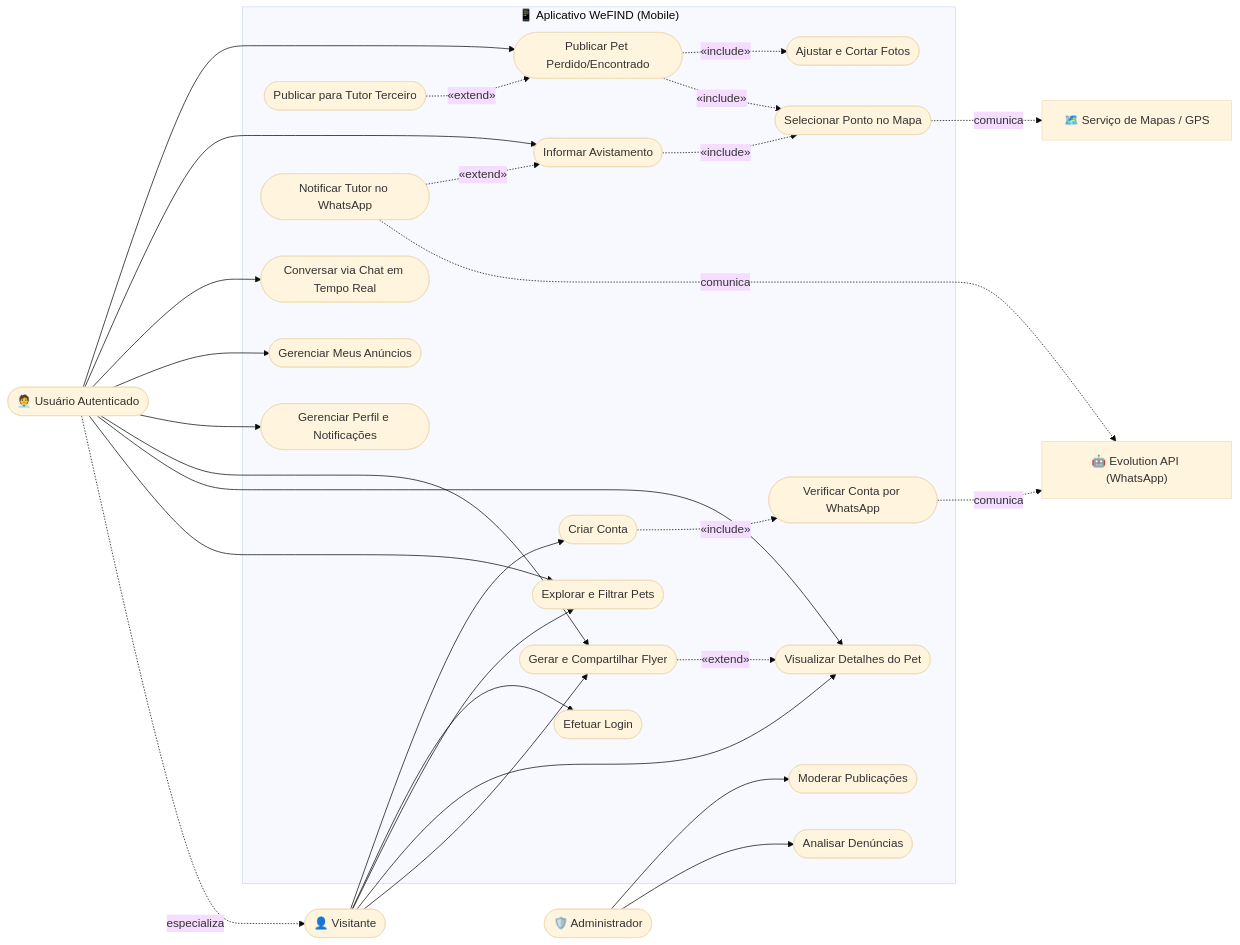
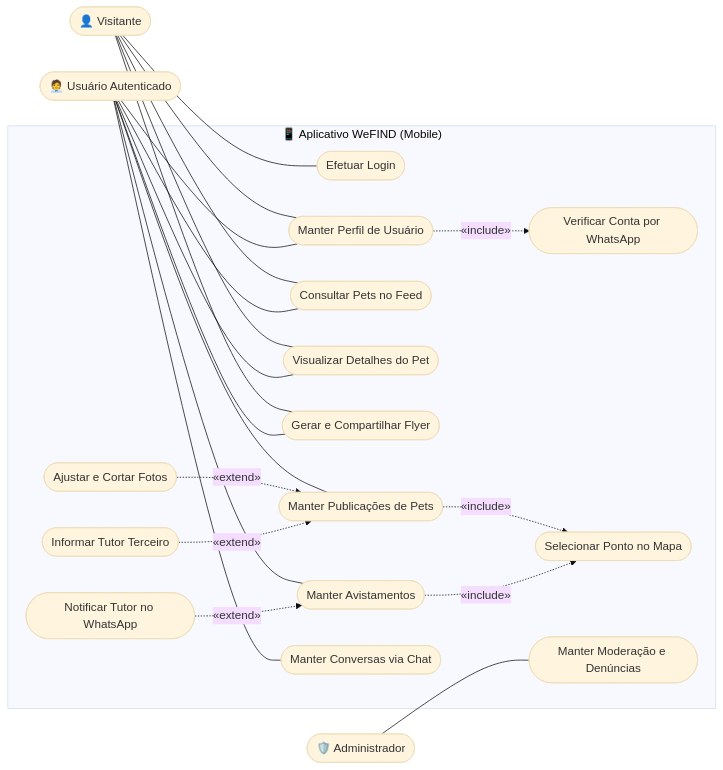
The first of 2 diagrams in docs/DIAGRAMA_CASOS_DE_USO.md (LuisHenriqueTSI/tcc_recover_aplicativo), drawn with Mermaid (base theme) before and after one commit.

Commit message:
docs: update Use Case Diagram with distinct Visitante and Usuario Autenticado actors

````diff
--- a/docs/DIAGRAMA_CASOS_DE_USO.md
+++ b/docs/DIAGRAMA_CASOS_DE_USO.md
@@ -21,78 +21,63 @@
 ```mermaid
 flowchart LR
     %% Atores
     Visitor(["👤 Visitante"])
     User(["🧑‍💼 Usuário Autenticado"])
     Admin(["🛡️ Administrador"])
-    WhatsAppAPI["🤖 Evolution API (WhatsApp)"]
-    MapsAPI["🗺️ Serviço de Mapas / GPS"]
 
     %% Fronteira do Sistema
     subgraph WeFIND ["📱 Aplicativo WeFIND (Mobile)"]
         
-        %% Módulo de Autenticação
-        UC_Register(["Criar Conta"])
+        %% Módulo de Autenticação e Perfil
+        UC_Auth(["Efetuar Login"])
+        UC_Profile(["Manter Perfil de Usuário"])
         UC_Verify2FA(["Verificar Conta por WhatsApp"])
-        UC_Login(["Efetuar Login"])
-        UC_Profile(["Gerenciar Perfil e Notificações"])
 
         %% Módulo de Pets e Publicações
-        UC_Search(["Explorar e Filtrar Pets"])
+        UC_Search(["Consultar Pets no Feed"])
         UC_ViewDetail(["Visualizar Detalhes do Pet"])
-        UC_Publish(["Publicar Pet Perdido/Encontrado"])
+        UC_ShareFlyer(["Gerar e Compartilhar Flyer"])
+        UC_MaintainPets(["Manter Publicações de Pets"])
         UC_CropPhotos(["Ajustar e Cortar Fotos"])
-        UC_PublishThirdParty(["Publicar para Tutor Terceiro"])
-        UC_ShareFlyer(["Gerar e Compartilhar Flyer"])
-        UC_ManageItems(["Gerenciar Meus Anúncios"])
+        UC_ThirdParty(["Informar Tutor Terceiro"])
 
         %% Módulo de Avistamentos e Interação
-        UC_ReportSighting(["Informar Avistamento"])
+        UC_MaintainSightings(["Manter Avistamentos"])
         UC_PickMapLocation(["Selecionar Ponto no Mapa"])
         UC_NotifyOwnerWhatsApp(["Notificar Tutor no WhatsApp"])
-        UC_Chat(["Conversar via Chat em Tempo Real"])
+        
+        UC_MaintainChat(["Manter Conversas via Chat"])
 
         %% Módulo Administrativo
-        UC_Moderate(["Moderar Publicações"])
-        UC_ReviewReports(["Analisar Denúncias"])
+        UC_MaintainModeration(["Manter Moderação e Denúncias"])
     end
 
-    %% Relacionamentos Visitante
-    Visitor --> UC_Register
-    Visitor --> UC_Login
-    Visitor --> UC_Search
-    Visitor --> UC_ViewDetail
-    Visitor --> UC_ShareFlyer
+    %% Associações do Visitante (Linhas contínuas simples)
+    Visitor --- UC_Auth
+    Visitor --- UC_Profile
+    Visitor --- UC_Search
+    Visitor --- UC_ViewDetail
+    Visitor --- UC_ShareFlyer
 
-    %% Relacionamentos Usuário Autenticado
-    User --> UC_Publish
-    User --> UC_ReportSighting
-    User --> UC_Chat
-    User --> UC_ManageItems
-    User --> UC_Profile
-    User --> UC_ShareFlyer
-    User --> UC_ViewDetail
-    User --> UC_Search
+    %% Associações do Usuário Autenticado (Linhas contínuas simples)
+    User --- UC_Profile
+    User --- UC_Search
+    User --- UC_ViewDetail
+    User --- UC_ShareFlyer
+    User --- UC_MaintainPets
+    User --- UC_MaintainSightings
+    User --- UC_MaintainChat
 
-    %% Herança de Atores (Usuário herda Visitante)
-    User -.->|especializa| Visitor
+    %% Associações do Administrador
+    Admin --- UC_MaintainModeration
 
-    %% Relacionamentos Administrador
-    Admin --> UC_Moderate
-    Admin --> UC_ReviewReports
+    %% Inclusões Obrigatórias (<<include>>)
+    UC_Profile -.->|«include»| UC_Verify2FA
+    UC_MaintainPets -.->|«include»| UC_PickMapLocation
+    UC_MaintainSightings -.->|«include»| UC_PickMapLocation
 
-    %% Relacionamentos <<include>> (Inclusão Obrigatória)
-    UC_Register -.->|«include»| UC_Verify2FA
-    UC_Publish -.->|«include»| UC_CropPhotos
-    UC_Publish -.->|«include»| UC_PickMapLocation
-    UC_ReportSighting -.->|«include»| UC_PickMapLocation
-
-    %% Relacionamentos <<extend>> (Extensão Opcional)
-    UC_PublishThirdParty -.->|«extend»| UC_Publish
-    UC_NotifyOwnerWhatsApp -.->|«extend»| UC_ReportSighting
-    UC_ShareFlyer -.->|«extend»| UC_ViewDetail
-
-    %% Integrações com Sistemas Externos
-    UC_Verify2FA -.->|comunica| WhatsAppAPI
-    UC_NotifyOwnerWhatsApp -.->|comunica| WhatsAppAPI
-    UC_PickMapLocation -.->|comunica| MapsAPI
+    %% Extensões Opcionais (<<extend>>)
+    UC_CropPhotos -.->|«extend»| UC_MaintainPets
+    UC_ThirdParty -.->|«extend»| UC_MaintainPets
+    UC_NotifyOwnerWhatsApp -.->|«extend»| UC_MaintainSightings
 ```
````
